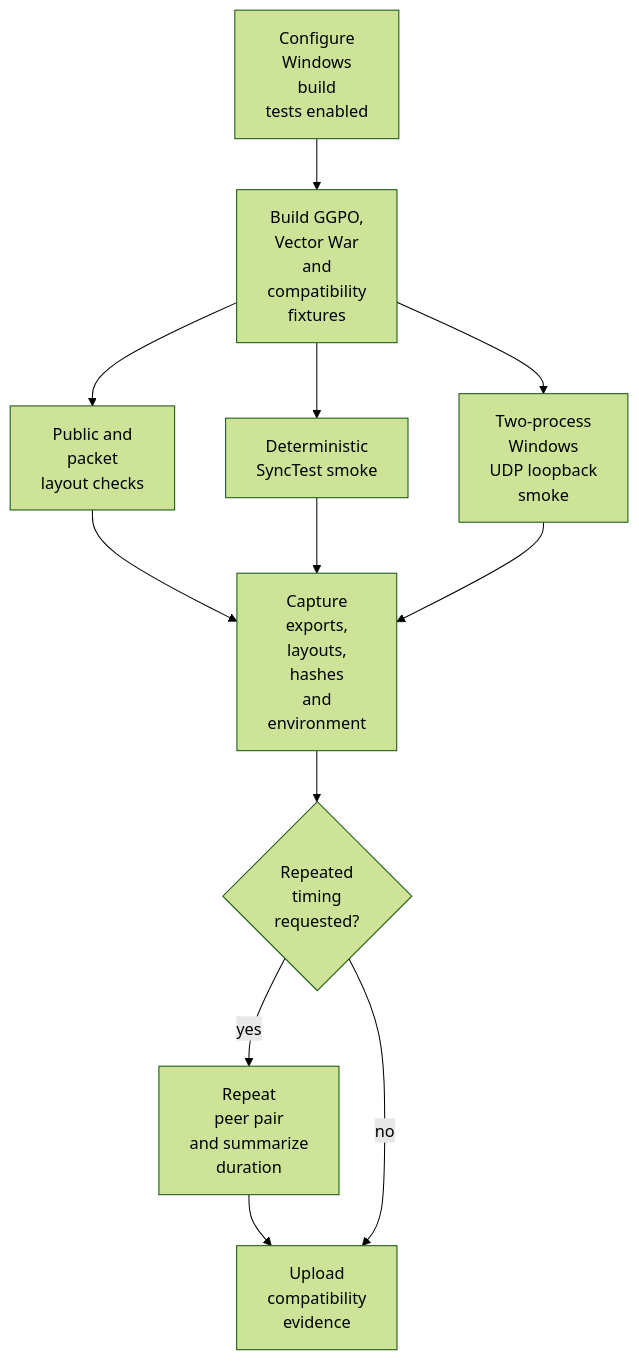
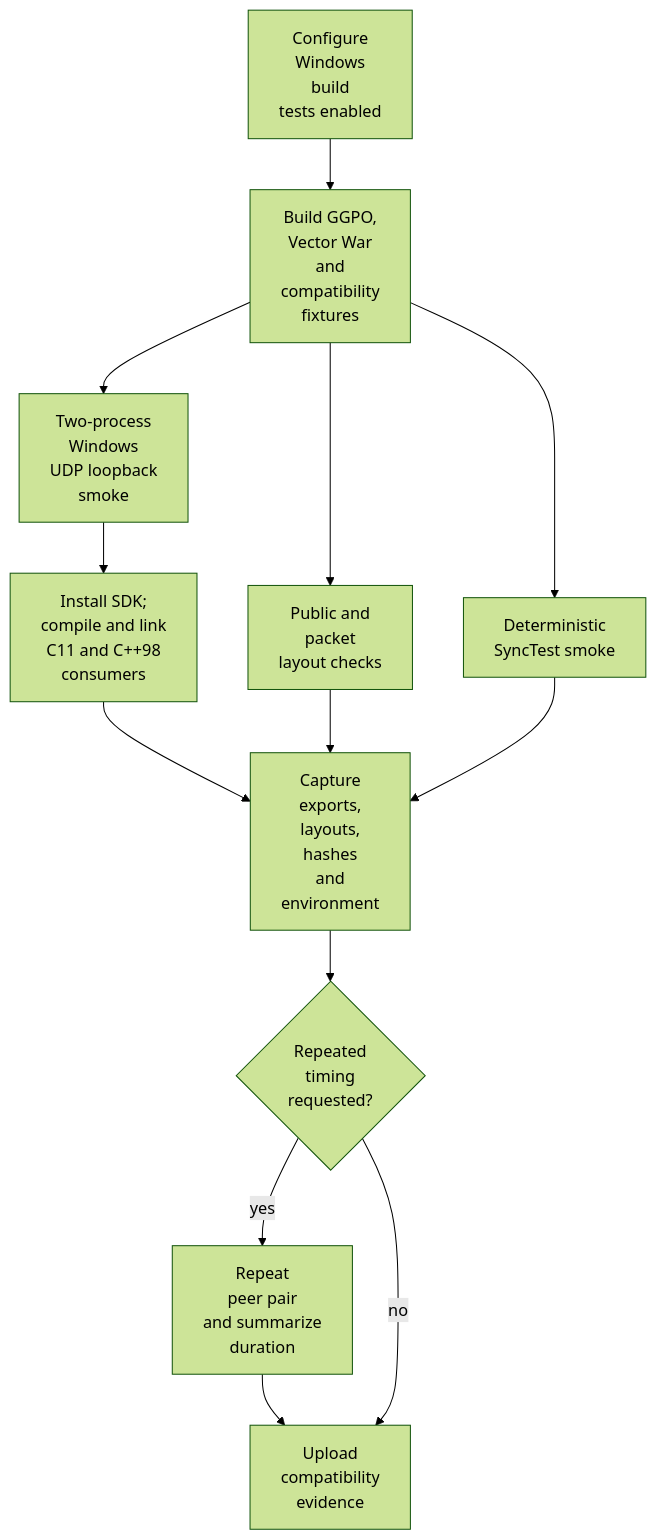
The first of 3 diagrams in doc/architecture/Testing.md (irregularthanis/ggpo-next), drawn with Mermaid (forest theme) before and after one commit. The commit also changed other lines of this file and 11 other files, not shown here.

````diff
--- a/doc/architecture/Testing.md
+++ b/doc/architecture/Testing.md
@@ -41,23 +42,24 @@
 ```mermaid
 flowchart TD
     Configure["Configure<br/>Windows<br/>build<br/>tests enabled"]
     Build["Build GGPO,<br/>Vector War<br/>and<br/>compatibility<br/>fixtures"]
     Layout["Public and<br/>packet<br/>layout checks"]
     Sync["Deterministic<br/>SyncTest smoke"]
     Peers["Two-process<br/>Windows<br/>UDP loopback<br/>smoke"]
+    Consumers["Install SDK;<br/>compile and link<br/>C11 and C++98<br/>consumers"]
     Capture["Capture<br/>exports,<br/>layouts,<br/>hashes<br/>and<br/>environment"]
     Noise{"Repeated<br/>timing<br/>requested?"}
     Repeat["Repeat<br/>peer pair<br/>and summarize<br/>duration"]
     Evidence["Upload<br/>compatibility<br/>evidence"]
 
     Configure --> Build
     Build --> Layout
     Build --> Sync
     Build --> Peers
+    Peers --> Consumers --> Capture
     Layout --> Capture
     Sync --> Capture
-    Peers --> Capture
     Capture --> Noise
     Noise -->|"yes"| Repeat --> Evidence
     Noise -->|"no"| Evidence
 ```
````
